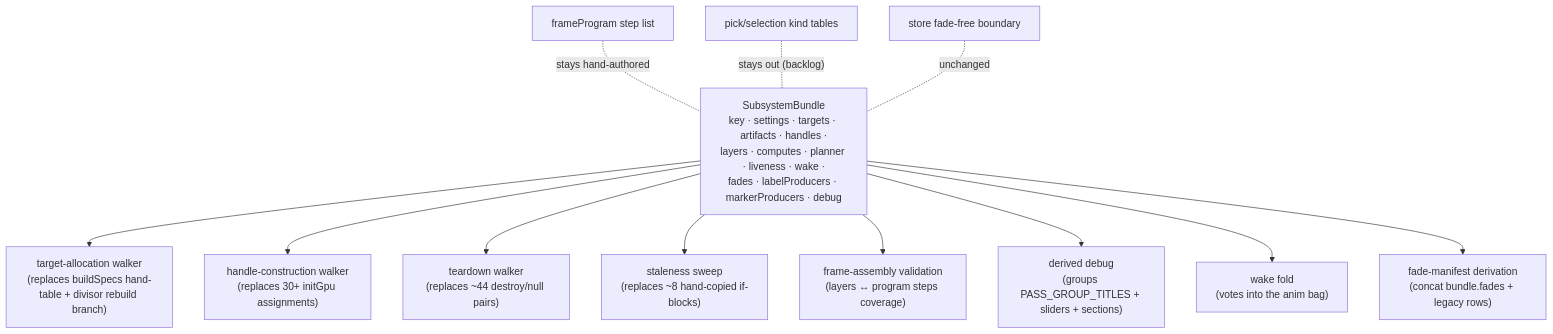
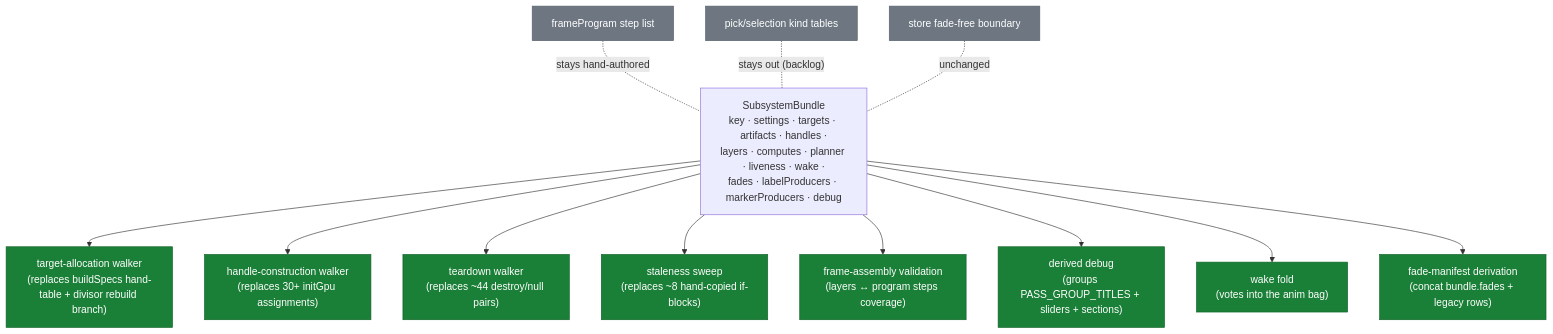
Before and after one commit to rulkens/skymap: the fifth of 5 diagrams in docs/research/engine/current-contracts-map.md, drawn with Mermaid. The commit also changed other lines of this file, not shown here.

Commit message:
docs(research): restyle contracts map — legend, status dots, colored diagram nodes

````diff
--- a/docs/research/engine/current-contracts-map.md
+++ b/docs/research/engine/current-contracts-map.md
@@ -265,15 +223,19 @@
 ```mermaid
 flowchart TD
     B["SubsystemBundle<br/>key · settings · targets · artifacts · handles ·<br/>layers · computes · planner · liveness · wake ·<br/>fades · labelProducers · markerProducers · debug"]
     B --> W1["target-allocation walker<br/>(replaces buildSpecs hand-table + divisor rebuild branch)"]
     B --> W2["handle-construction walker<br/>(replaces 30+ initGpu assignments)"]
     B --> W3["teardown walker<br/>(replaces ~44 destroy/null pairs)"]
     B --> W4["staleness sweep<br/>(replaces ~8 hand-copied if-blocks)"]
     B --> W5["frame-assembly validation<br/>(layers ↔ program steps coverage)"]
     B --> W6["derived debug<br/>(groups PASS_GROUP_TITLES + sliders + sections)"]
     B --> W7["wake fold<br/>(votes into the anim bag)"]
     B --> W8["fade-manifest derivation<br/>(concat bundle.fades + legacy rows)"]
     FPX["frameProgram step list"] -. stays hand-authored .- B
     PICKX["pick/selection kind tables"] -. stays out (backlog) .- B
     STOREX["store fade-free boundary"] -. unchanged .- B
+    classDef good fill:#1a7f37,stroke:#116329,color:#ffffff
+    classDef out fill:#6e7781,stroke:#57606a,color:#ffffff
+    class W1,W2,W3,W4,W5,W6,W7,W8 good
+    class FPX,PICKX,STOREX out
 ```
````
